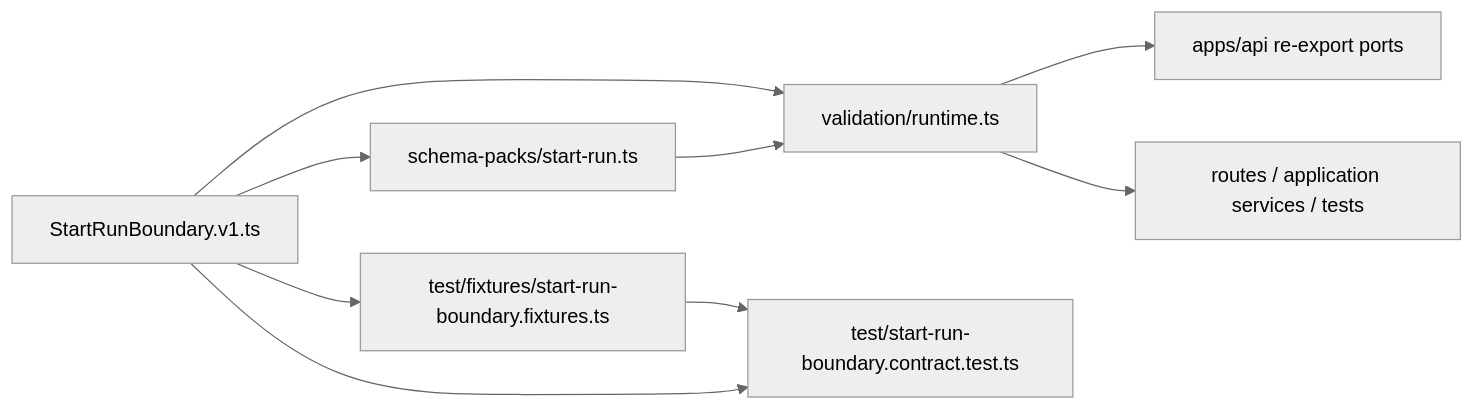
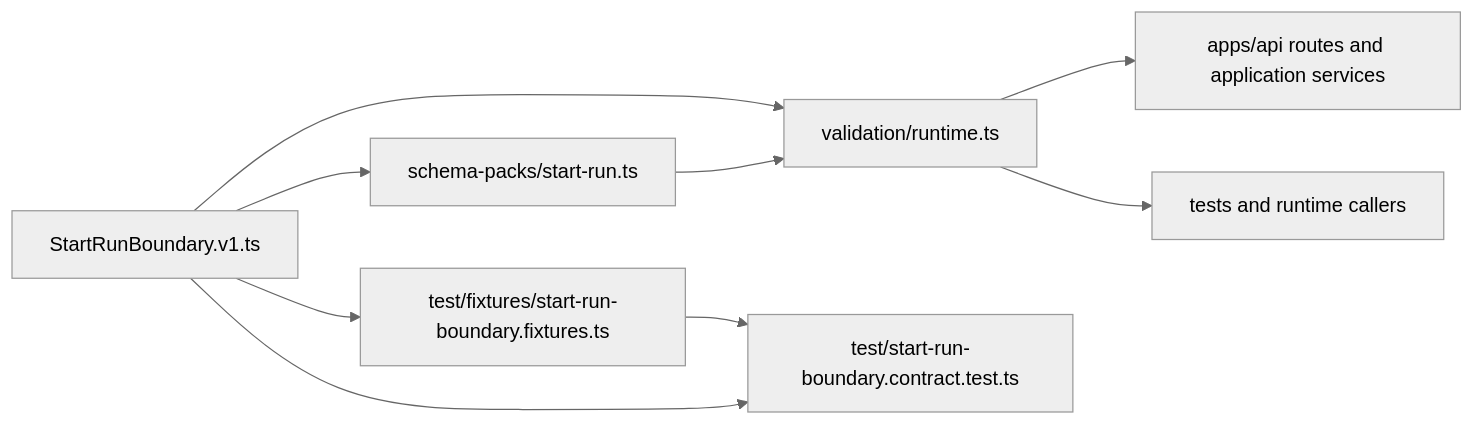
The first of 3 diagrams in docs/architecture/components/engine/contracts/engine/start-run-boundary-component.md (dunay2/dvt), drawn with Mermaid (neutral theme) before and after one commit. The commit also changed other lines of this file and 63 other files, not shown here.

````diff
--- a/docs/architecture/components/engine/contracts/engine/start-run-boundary-component.md
+++ b/docs/architecture/components/engine/contracts/engine/start-run-boundary-component.md
@@ -69,11 +69,11 @@
 ```mermaid
 flowchart LR
   Boundary["StartRunBoundary.v1.ts"] --> Schema["schema-packs/start-run.ts"]
   Boundary --> Validation["validation/runtime.ts"]
   Boundary --> Fixtures["test/fixtures/start-run-boundary.fixtures.ts"]
   Schema --> Validation
   Fixtures --> ContractTest["test/start-run-boundary.contract.test.ts"]
   Boundary --> ContractTest
-  Validation --> Api["apps/api re-export ports"]
-  Validation --> Consumers["routes / application services / tests"]
+  Validation --> Api["apps/api routes and application services"]
+  Validation --> Consumers["tests and runtime callers"]
 ```
````
